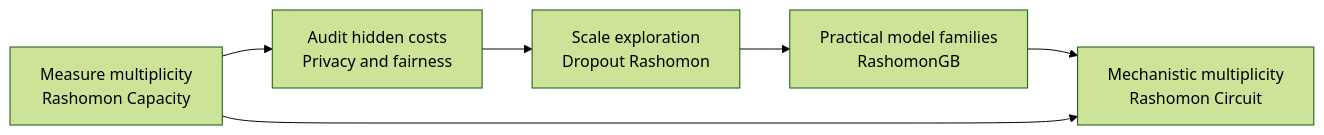
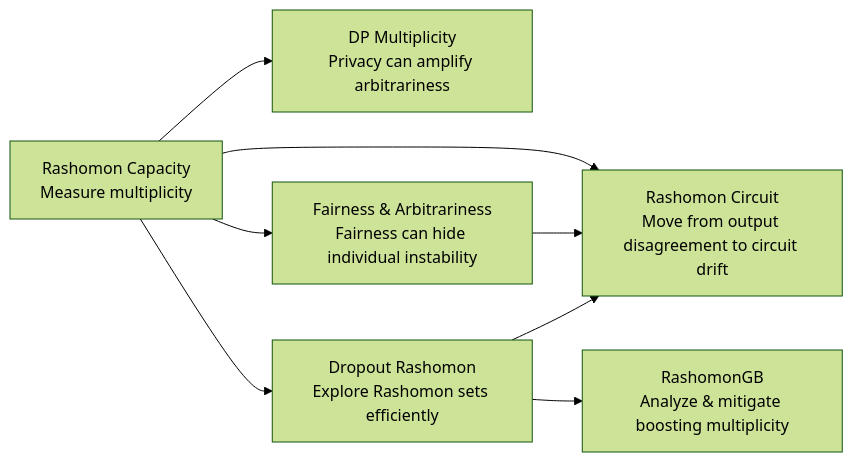
The diagram in README.md (HsiangHsu/knowledge-uncertainty), drawn with Mermaid (forest theme) before and after one commit. The commit also changed other lines of this file, not shown here.

````diff
--- a/README.md
+++ b/README.md
@@ -35,8 +25,10 @@
 ```mermaid
 flowchart LR
-    A[Measure multiplicity<br/>Rashomon Capacity] --> B[Audit hidden costs<br/>Privacy and fairness]
-    B --> C[Scale exploration<br/>Dropout Rashomon]
-    C --> D[Practical model families<br/>RashomonGB]
-    D --> E[Mechanistic multiplicity<br/>Rashomon Circuit]
-    A --> E
+    A[Rashomon Capacity<br/>Measure multiplicity] --> B[DP Multiplicity<br/>Privacy can amplify arbitrariness]
+    A --> C[Fairness & Arbitrariness<br/>Fairness can hide individual instability]
+    A --> D[Dropout Rashomon<br/>Explore Rashomon sets efficiently]
+    D --> E[RashomonGB<br/>Analyze & mitigate boosting multiplicity]
+    A --> F[Rashomon Circuit<br/>Move from output disagreement to circuit drift]
+    C --> F
+    D --> F
 ```
````
